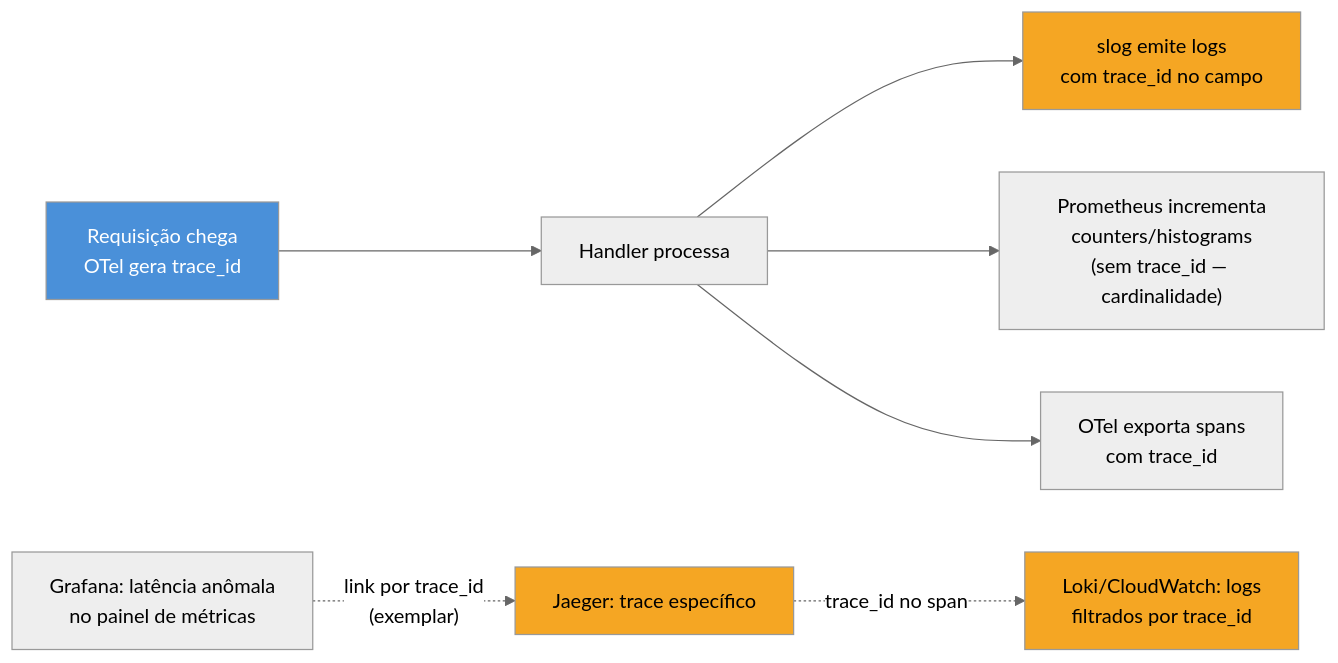
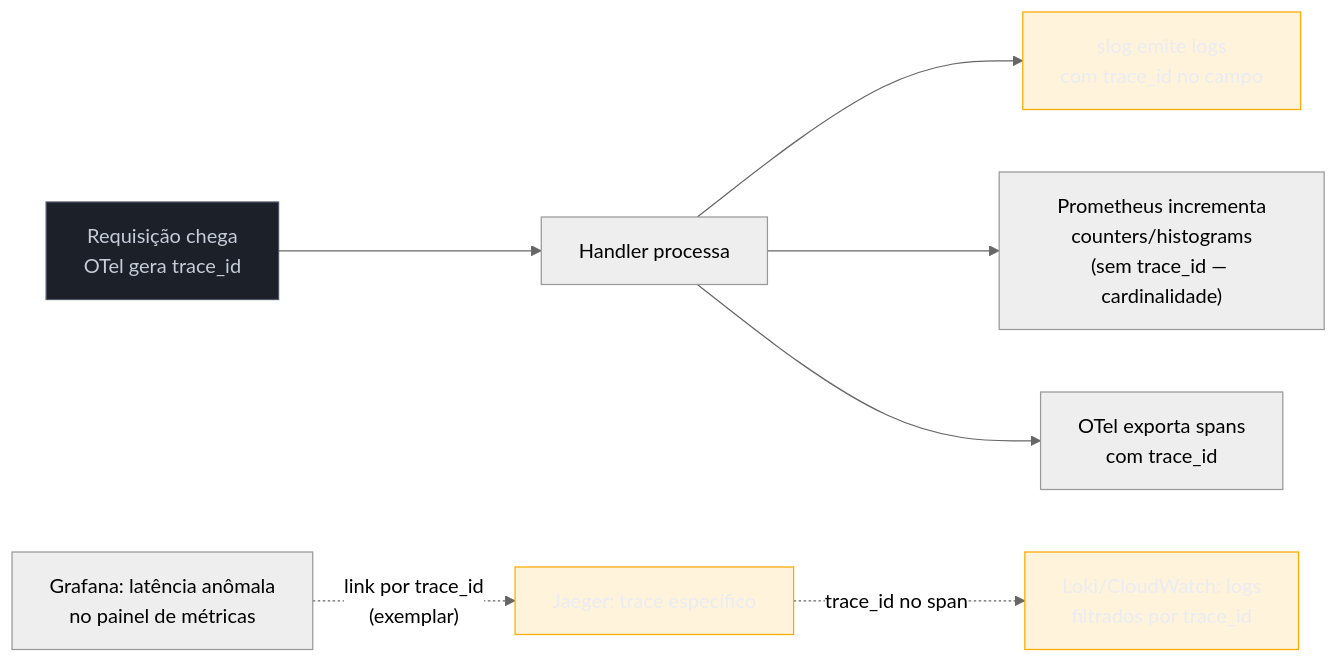
Before and after one commit to josenaldo/codex-technomanticus: the first of 2 diagrams in 03-Dominios/Tecnologia/Go/16 - Observabilidade/08 - Observabilidade em produção.md, drawn with Mermaid (neutral theme). The commit also changed other lines of this file and 1181 other files, not shown here.

First line of the commit message:
fix(diagramas): paleta do sistema no lugar de cor cravada no markdown

````diff
--- a/03-Dominios/Tecnologia/Go/16 - Observabilidade/08 - Observabilidade em produção.md
+++ b/03-Dominios/Tecnologia/Go/16 - Observabilidade/08 - Observabilidade em produção.md
@@ -35,15 +35,17 @@
 ```mermaid
 flowchart LR
+    classDef neutro fill:#1B2029,stroke:#4E5666,color:#C6CCD8
+    classDef destaque fill:#FFAA0024,stroke:#FFAA00,color:#E9ECF2
     A["Requisição chega\nOTel gera trace_id"] --> B["Handler processa"]
     B --> C["slog emite logs\ncom trace_id no campo"]
     B --> D["Prometheus incrementa\ncounters/histograms\n(sem trace_id — cardinalidade)"]
     B --> E["OTel exporta spans\ncom trace_id"]
 
     F["Grafana: latência anômala\nno painel de métricas"] -.->|"link por trace_id\n(exemplar)"| G["Jaeger: trace específico"]
     G -.->|"trace_id no span"| H["Loki/CloudWatch: logs\nfiltrados por trace_id"]
 
-    style A fill:#4A90D9,color:#fff
-    style C fill:#F5A623,color:#000
-    style G fill:#F5A623,color:#000
-    style H fill:#F5A623,color:#000
+    class A neutro
+    class C destaque
+    class G destaque
+    class H destaque
 ```
````
